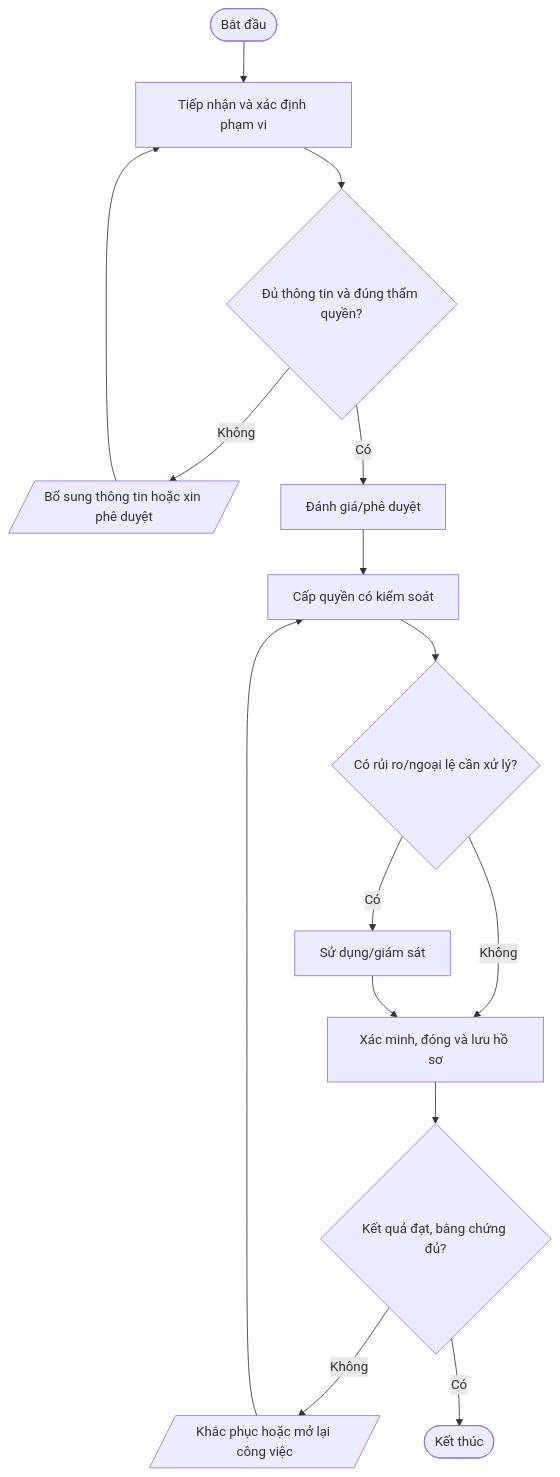
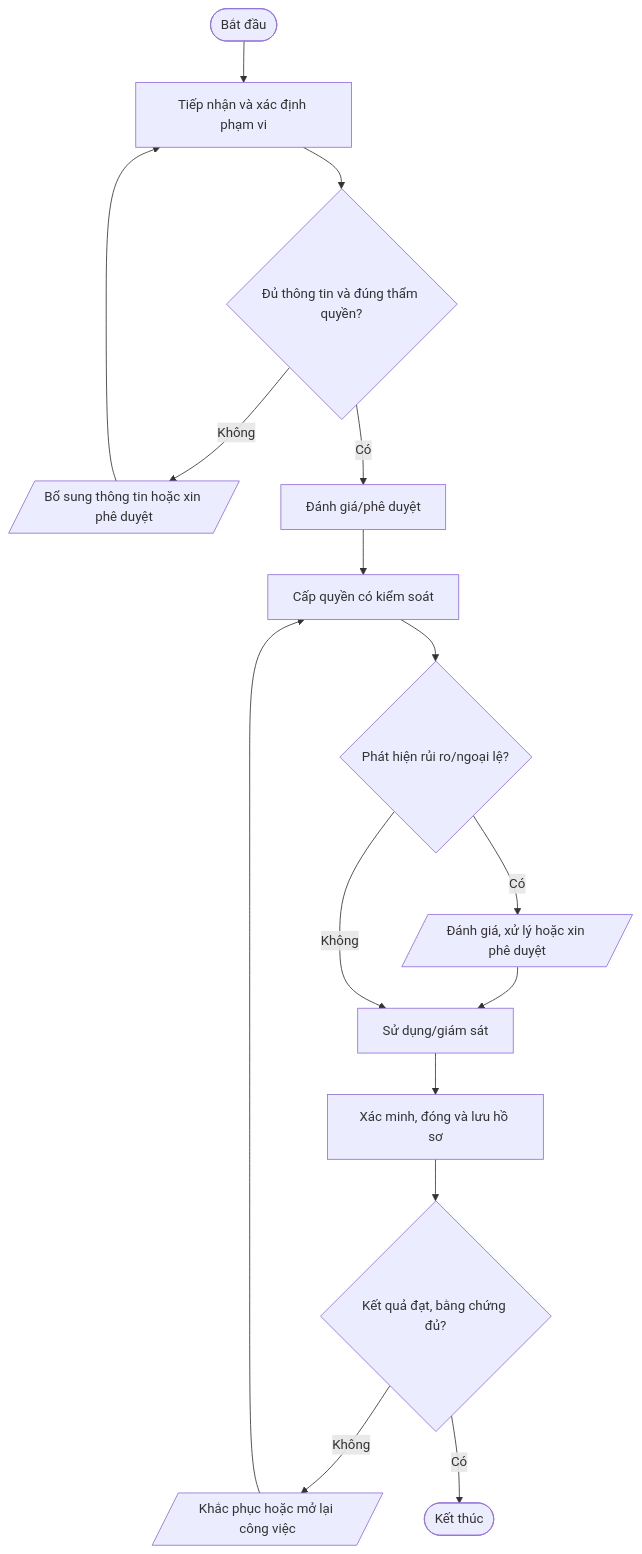
One commit to daoaigiangnam/Quy_Trinh_Chuan changed the second of 11 diagrams in quy-trinh/03-An-toan-thong-tin/README.md. Above: the diagram before and after it, drawn with Mermaid. The commit also changed other lines of this file, not shown here.

Commit message:
docs: correct procedure flowchart decision paths

````diff
--- a/quy-trinh/03-An-toan-thong-tin/README.md
+++ b/quy-trinh/03-An-toan-thong-tin/README.md
@@ -145,17 +146,18 @@
 ```mermaid
 flowchart TD
   A([Bắt đầu]) --> S1["Tiếp nhận và xác định phạm vi"]
   S1 --> D1{"Đủ thông tin và đúng thẩm quyền?"}
   D1 -- Không --> F1[/"Bổ sung thông tin hoặc xin phê duyệt"/]
   F1 --> S1
   D1 -- Có --> S2["Đánh giá/phê duyệt"]
   S2 --> S3["Cấp quyền có kiểm soát"]
-  S3 --> D2{"Có rủi ro/ngoại lệ cần xử lý?"}
-  D2 -- Có --> S4["Sử dụng/giám sát"]
-  D2 -- Không --> S5["Xác minh, đóng và lưu hồ sơ"]
-  S4 --> S5
+  S3 --> D2{"Phát hiện rủi ro/ngoại lệ?"}
+  D2 -- Có --> RISK[/"Đánh giá, xử lý hoặc xin phê duyệt"/]
+  RISK --> S4["Sử dụng/giám sát"]
+  D2 -- Không --> S4
+  S4 --> S5["Xác minh, đóng và lưu hồ sơ"]
   S5 --> D3{"Kết quả đạt, bằng chứng đủ?"}
   D3 -- Không --> R[/"Khắc phục hoặc mở lại công việc"/]
   R --> S3
   D3 -- Có --> Z([Kết thúc])
 ```
````
